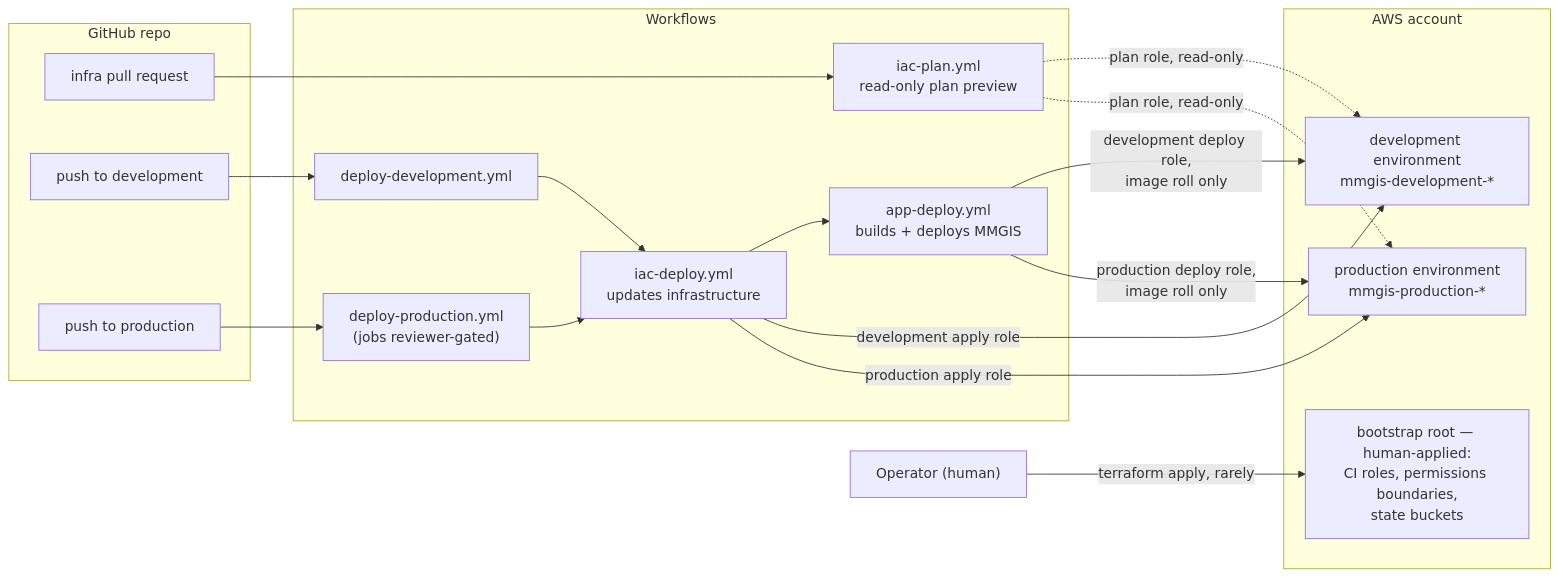
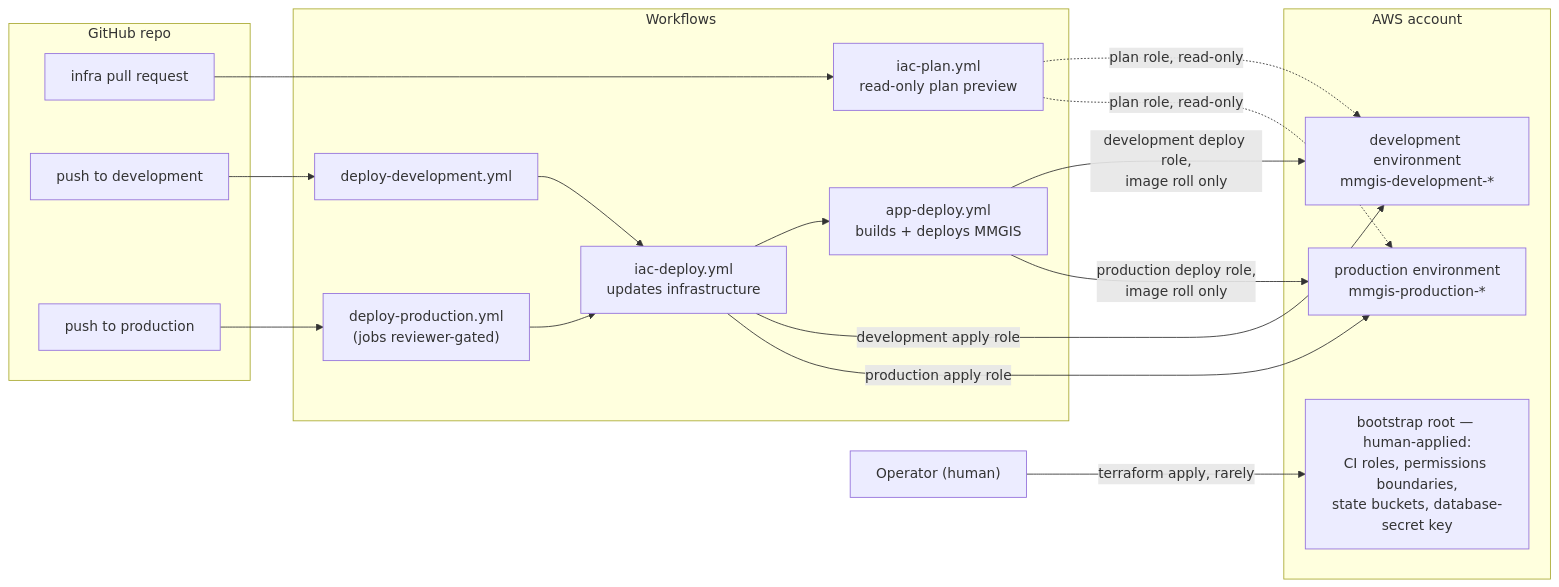
Before and after one commit to NASA-IMPACT/MMGIS: the diagram in docs/infrastructure/README.md, drawn with Mermaid. The commit also changed other lines of this file and 11 other files, not shown here.

First line of the commit message:
Encrypt the RDS-managed master secret with a bootstrap-owned KMS key

````diff
--- a/docs/infrastructure/README.md
+++ b/docs/infrastructure/README.md
@@ -14,33 +14,33 @@
 ```mermaid
 flowchart LR
     subgraph repo["GitHub repo"]
         PRQ["infra pull request"]
         DEV["push to development"]
         PROD["push to production"]
     end
     subgraph wf["Workflows"]
         PLAN["iac-plan.yml<br/>read-only plan preview"]
         TDEV["deploy-development.yml"]
         TPROD["deploy-production.yml<br/>(jobs reviewer-gated)"]
         IAC["iac-deploy.yml<br/>updates infrastructure"]
         APP["app-deploy.yml<br/>builds + deploys MMGIS"]
     end
     subgraph aws["AWS account"]
-        BOOT["bootstrap root — human-applied:<br/>CI roles, permissions boundaries,<br/>state buckets"]
+        BOOT["bootstrap root — human-applied:<br/>CI roles, permissions boundaries,<br/>state buckets, database-secret key"]
         ENVD["development environment<br/>mmgis-development-*"]
         ENVP["production environment<br/>mmgis-production-*"]
     end
     PRQ --> PLAN
     DEV --> TDEV
     PROD --> TPROD
     TDEV --> IAC
     TPROD --> IAC
     IAC --> APP
     PLAN -.->|"plan role, read-only"| ENVD
     PLAN -.->|"plan role, read-only"| ENVP
     IAC -->|"development apply role"| ENVD
     IAC -->|"production apply role"| ENVP
     APP -->|"development deploy role,<br/>image roll only"| ENVD
     APP -->|"production deploy role,<br/>image roll only"| ENVP
     OP["Operator (human)"] -->|"terraform apply, rarely"| BOOT
 ```
````
